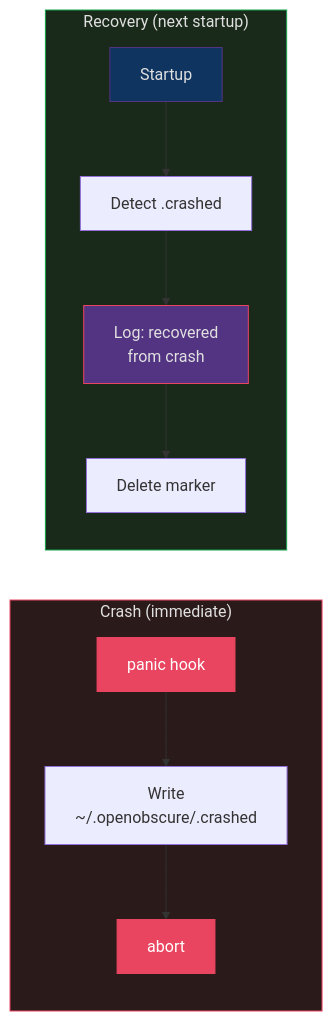
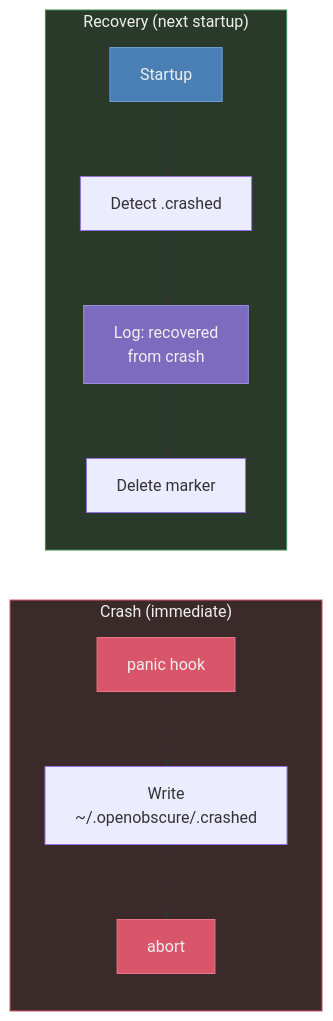
Before and after one commit to OpenObscure/OpenObscure: diagram 12 of 15 in ARCHITECTURE.md, drawn with Mermaid. The commit also changed other lines of this file and 7 other files, not shown here.

First line of the commit message:
Improve diagrams, screenshot, and repo hygiene

````diff
--- a/ARCHITECTURE.md
+++ b/ARCHITECTURE.md
@@ -580,16 +580,16 @@
 ```mermaid
 flowchart LR
     subgraph crash ["Crash (immediate)"]
-        panic["panic hook"] --> write["Write\n~/.openobscure/.crashed"] --> abort["abort"]
+        panic["panic hook"] --> write["Write<br>~/.openobscure/.crashed"] --> abort["abort"]
     end
     subgraph recovery ["Recovery (next startup)"]
-        restart["Startup"] --> detect["Detect .crashed"] --> log["Log: recovered\nfrom crash"] --> delete["Delete marker"]
+        restart["Startup"] --> detect["Detect .crashed"] --> log["Log: recovered<br>from crash"] --> delete["Delete marker"]
     end
 
-    style crash fill:#2a1a1a,stroke:#e94560,color:#e0e0e0
-    style recovery fill:#1a2a1a,stroke:#16a34a,color:#e0e0e0
-    style panic fill:#e94560,stroke:#e94560,color:#fff
-    style abort fill:#e94560,stroke:#e94560,color:#fff
-    style restart fill:#0f3460,stroke:#533483,color:#e0e0e0
-    style log fill:#533483,stroke:#e94560,color:#e0e0e0
+    style crash fill:#3a2a2a,stroke:#d9556a,color:#f0f0f0
+    style recovery fill:#2a3a2a,stroke:#3d8a55,color:#f0f0f0
+    style panic fill:#d9556a,stroke:#e97585,color:#f0f0f0
+    style abort fill:#d9556a,stroke:#e97585,color:#f0f0f0
+    style restart fill:#4a7fb5,stroke:#6a9fd5,color:#f0f0f0
+    style log fill:#7c6cbf,stroke:#9c8cdf,color:#f0f0f0
 ```
````
